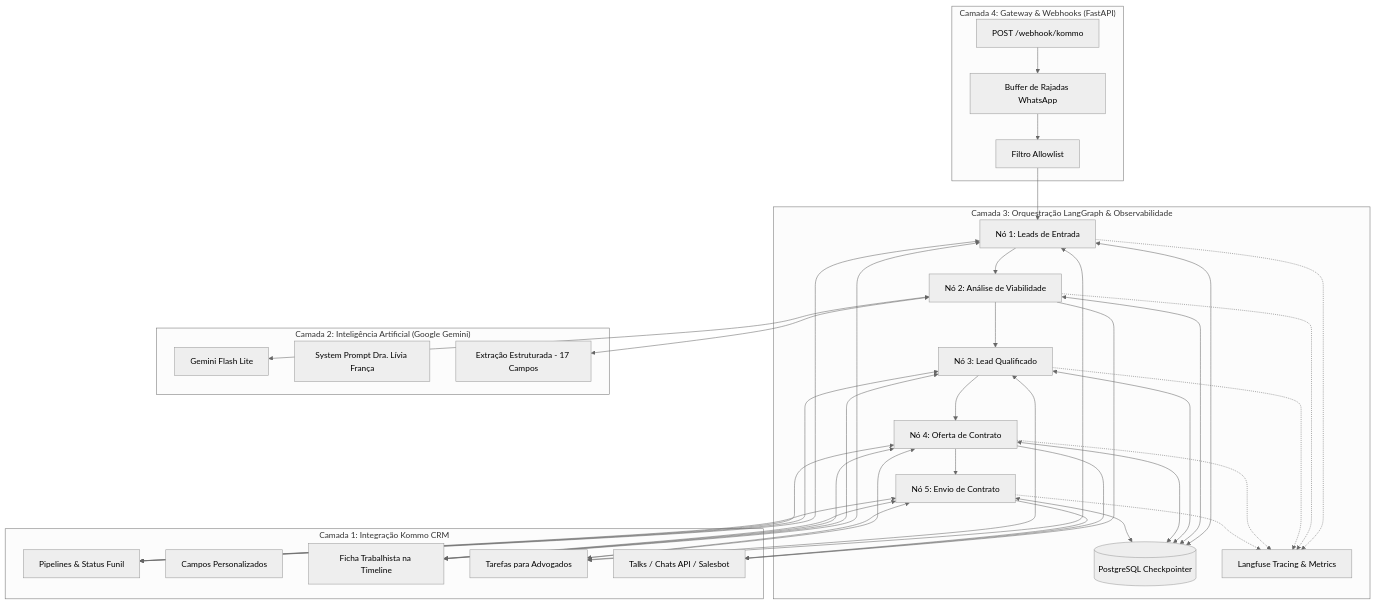
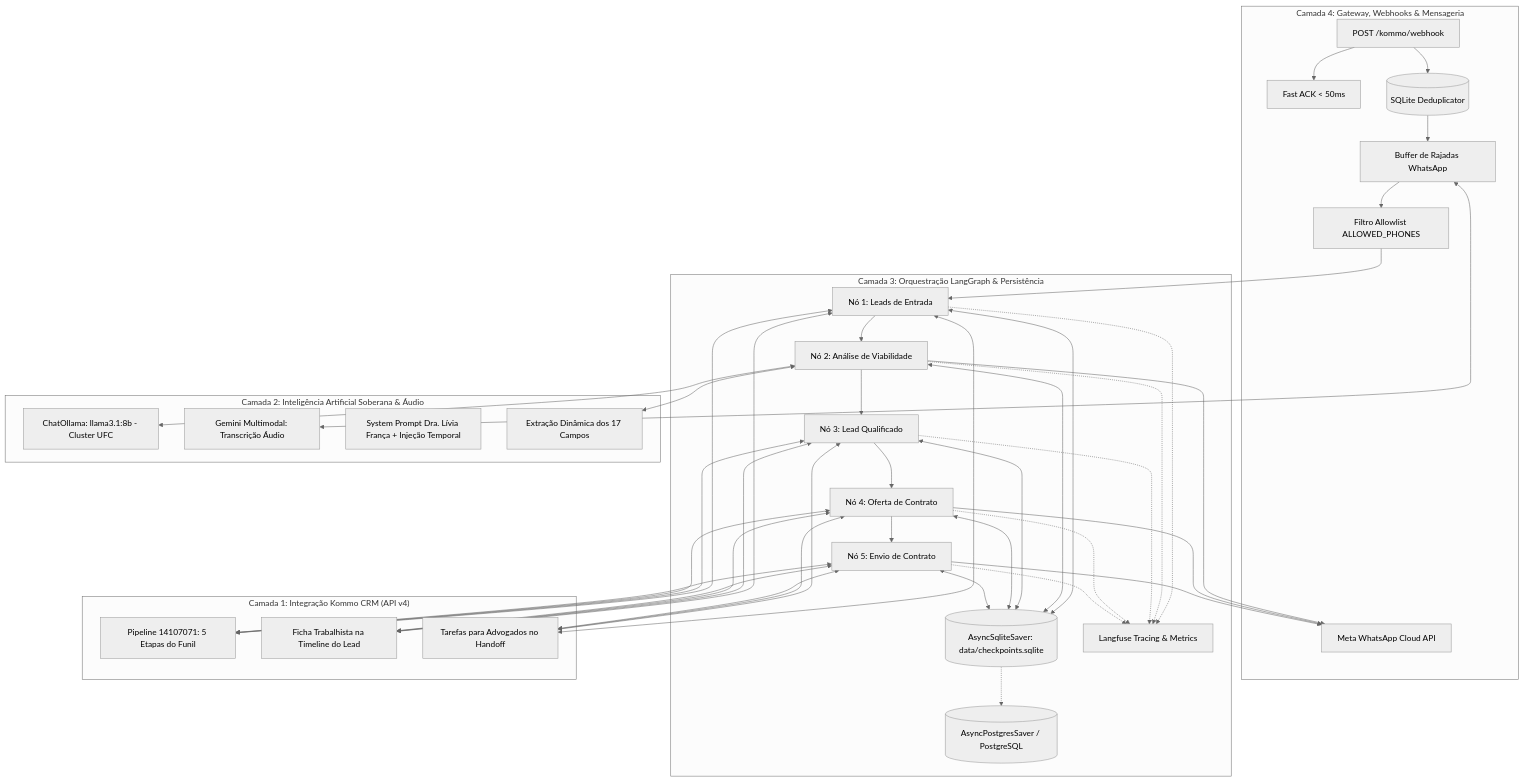
The diagram in docs/artifacts/plano_reconstrucao_camadas.md (arturgarcia13/Auto_Law-LiviaF), drawn with Mermaid (neutral theme) before and after one commit. The commit also changed other lines of this file and 23 other files, not shown here.

````diff
--- a/docs/artifacts/plano_reconstrucao_camadas.md
+++ b/docs/artifacts/plano_reconstrucao_camadas.md
@@ -9,41 +9,47 @@
 ```mermaid
 graph TD
-    subgraph "Camada 4: Gateway & Webhooks (FastAPI)"
-        WH[POST /webhook/kommo]
+    subgraph "Camada 4: Gateway, Webhooks & Mensageria"
+        WH[POST /kommo/webhook]
+        ACK[Fast ACK < 50ms]
+        DEDUP[(SQLite Deduplicator)]
         BUF[Buffer de Rajadas WhatsApp]
-        ALW[Filtro Allowlist]
+        ALW[Filtro Allowlist ALLOWED_PHONES]
+        META[Meta WhatsApp Cloud API]
     end
 
-    subgraph "Camada 3: Orquestração LangGraph & Observabilidade"
+    subgraph "Camada 3: Orquestração LangGraph & Persistência"
         N1[Nó 1: Leads de Entrada]
         N2[Nó 2: Análise de Viabilidade]
         N3[Nó 3: Lead Qualificado]
         N4[Nó 4: Oferta de Contrato]
         N5[Nó 5: Envio de Contrato]
-        PG[(PostgreSQL Checkpointer)]
+        SQLITE[(AsyncSqliteSaver: data/checkpoints.sqlite)]
+        PG[(AsyncPostgresSaver / PostgreSQL)]
         LF[Langfuse Tracing & Metrics]
     end
 
-    subgraph "Camada 2: Inteligência Artificial (Google Gemini)"
-        LLM[Gemini Flash Lite]
-        PROMPT[System Prompt Dra. Lívia França]
-        EXTR[Extração Estruturada - 17 Campos]
+    subgraph "Camada 2: Inteligência Artificial Soberana & Áudio"
+        OLLAMA[ChatOllama: llama3.1:8b - Cluster UFC]
+        GEMINI_STT[Gemini Multimodal: Transcrição Áudio]
+        PROMPT[System Prompt Dra. Lívia França + Injeção Temporal]
+        EXTR[Extração Dinâmica dos 17 Campos]
     end
 
-    subgraph "Camada 1: Integração Kommo CRM"
-        PIPELINE[Pipelines & Status Funil]
-        CUSTOM[Campos Personalizados]
-        NOTES[Ficha Trabalhista na Timeline]
-        TASKS[Tarefas para Advogados]
-        MESSAGES[Talks / Chats API / Salesbot]
+    subgraph "Camada 1: Integração Kommo CRM (API v4)"
+        PIPELINE[Pipeline 14107071: 5 Etapas do Funil]
+        NOTES[Ficha Trabalhista na Timeline do Lead]
+        TASKS[Tarefas para Advogados no Handoff]
     end
 
-    WH --> BUF --> ALW --> N1
+    WH --> ACK
+    WH --> DEDUP --> BUF --> ALW --> N1
     N1 --> N2 --> N3 --> N4 --> N5
-    N1 & N2 & N3 & N4 & N5 <--> PG
+    N1 & N2 & N3 & N4 & N5 <--> SQLITE
+    SQLITE -.-> PG
     N1 & N2 & N3 & N4 & N5 -.-> LF
-    N2 <--> LLM
+    N2 <--> OLLAMA
     N2 <--> EXTR
+    BUF <--> GEMINI_STT
     N1 & N3 & N4 & N5 <--> PIPELINE & NOTES & TASKS
-    N2 & N4 & N5 --> MESSAGES
+    N2 & N4 & N5 --> META
 ```
````
